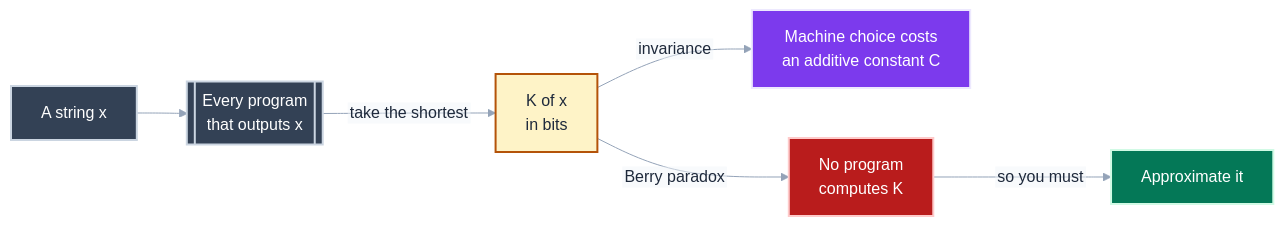
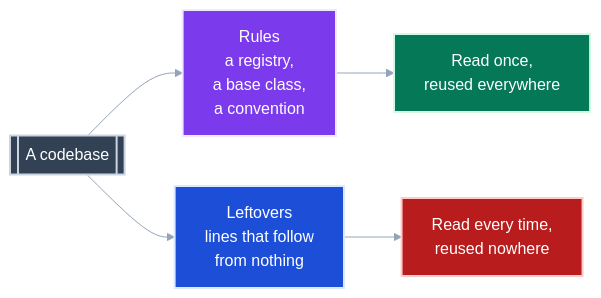
Before and after one commit to neozenith/pytest-xharness-eval: the second of 6 diagrams in docs/plans/maintainability/description-length.md, drawn with Mermaid. The commit also changed other lines of this file and 5 other files, not shown here.

````diff
--- a/docs/plans/maintainability/description-length.md
+++ b/docs/plans/maintainability/description-length.md
@@ -49,16 +142,15 @@
 ```mermaid
 %%{init: {"theme":"base","flowchart":{"htmlLabels":false},"themeVariables":{"primaryTextColor":"#1e293b","textColor":"#1e293b","lineColor":"#94a3b8","edgeLabelBackground":"#f1f5f9"}}}%%
 flowchart LR
-    X["A string x"]:::formal --> P[["Every program<br/>that outputs x"]]:::formal
-    P -->|"take the shortest"| K["K of x<br/>in bits"]:::total
-    K -->|"invariance"| I["Machine choice costs<br/>an additive constant C"]:::model
-    K -->|"Berry paradox"| U["No program<br/>computes K"]:::warning
-    U -->|"so you must"| A["Approximate it"]:::code
+    C[["A codebase"]]:::formal --> R["Rules<br/>a registry,<br/>a base class,<br/>a convention"]:::rule
+    C --> L["Leftovers<br/>lines that follow<br/>from nothing"]:::leftover
+    R --> RA["Read once,<br/>reused everywhere"]:::good
+    L --> LA["Read every time,<br/>reused nowhere"]:::warning
 
-    classDef model fill:#7c3aed,stroke:#ede9fe,color:#ffffff,stroke-width:2px
-    classDef residual fill:#1d4ed8,stroke:#dbeafe,color:#ffffff,stroke-width:2px
+    classDef rule fill:#7c3aed,stroke:#ede9fe,color:#ffffff,stroke-width:2px
+    classDef leftover fill:#1d4ed8,stroke:#dbeafe,color:#ffffff,stroke-width:2px
     classDef total fill:#fef3c7,stroke:#b45309,color:#1e293b,stroke-width:2px
     classDef formal fill:#334155,stroke:#cbd5e1,color:#ffffff,stroke-width:2px
-    classDef code fill:#047857,stroke:#d1fae5,color:#ffffff,stroke-width:2px
+    classDef good fill:#047857,stroke:#d1fae5,color:#ffffff,stroke-width:2px
     classDef warning fill:#b91c1c,stroke:#fecaca,color:#ffffff,stroke-width:2px
 ```
````
